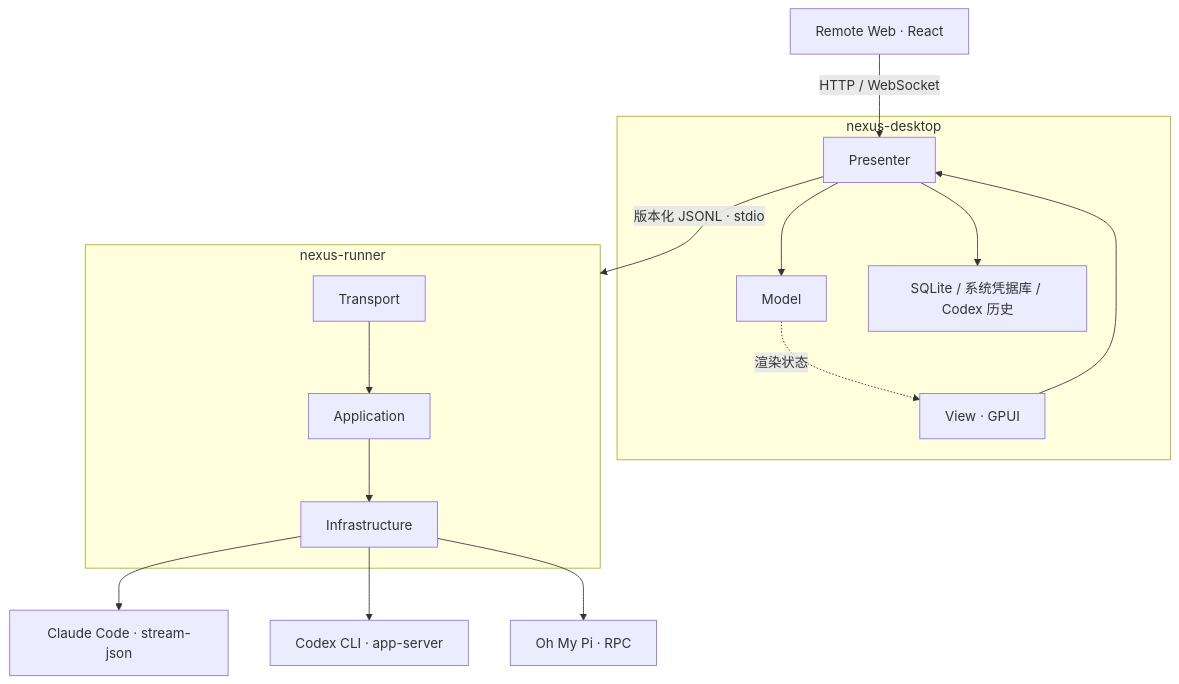
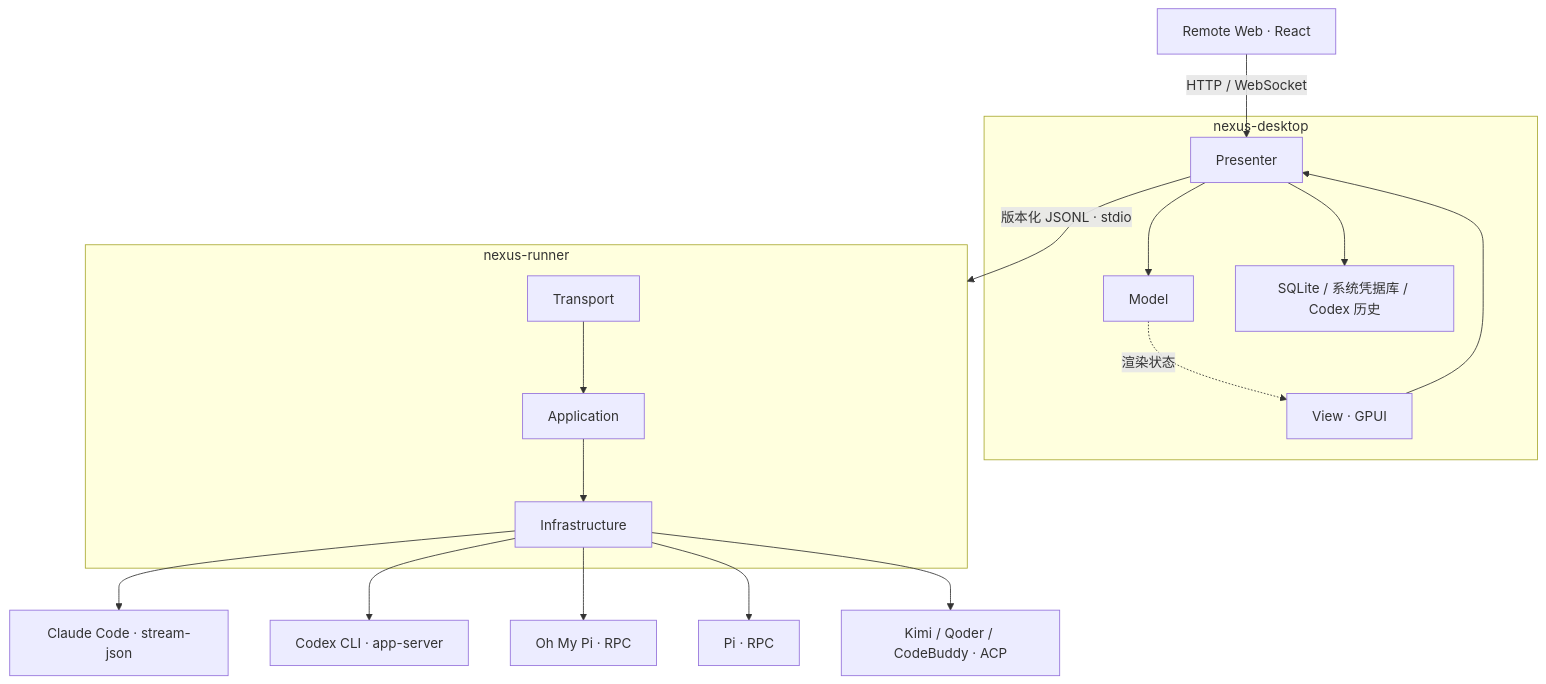
One commit to ji233-Sun/nexus-agent changed the diagram in docs/development.md. Above: the diagram before and after it, drawn with Mermaid. The commit also changed other lines of this file and 20 other files, not shown here.

Commit message:
feat: 通过 ACP 接入 Kimi Qoder 和 CodeBuddy

````diff
--- a/docs/development.md
+++ b/docs/development.md
@@ -70,17 +70,19 @@
 ```mermaid
 flowchart TB
     Web[Remote Web · React] -->|HTTP / WebSocket| Presenter
     subgraph Desktop[nexus-desktop]
         View[View · GPUI] --> Presenter
         Presenter --> Model
         Model -. 渲染状态 .-> View
         Presenter --> Storage[SQLite / 系统凭据库 / Codex 历史]
     end
     Presenter -->|版本化 JSONL · stdio| Runner
     subgraph Runner[nexus-runner]
         Transport --> Application --> Infrastructure
     end
     Infrastructure --> Claude[Claude Code · stream-json]
     Infrastructure --> Codex[Codex CLI · app-server]
     Infrastructure --> OMP[Oh My Pi · RPC]
+    Infrastructure --> Pi[Pi · RPC]
+    Infrastructure --> ACP[Kimi / Qoder / CodeBuddy · ACP]
 ```
````
